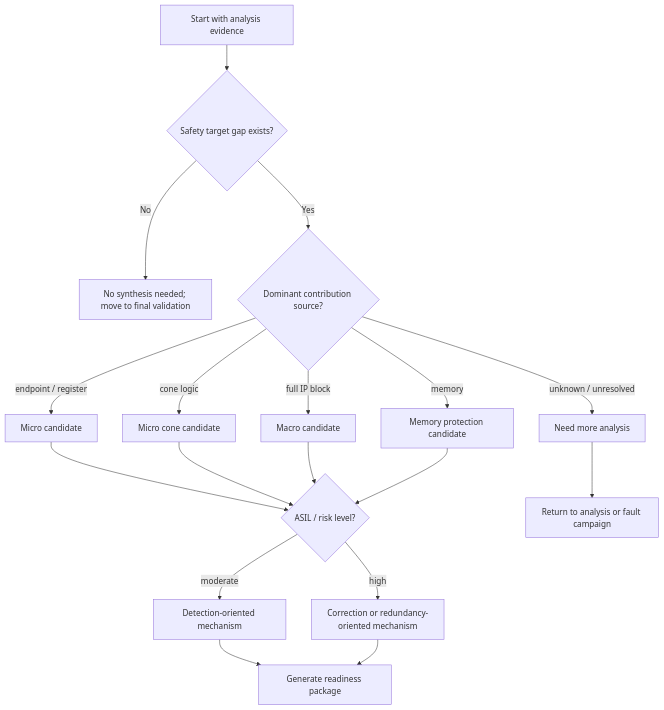
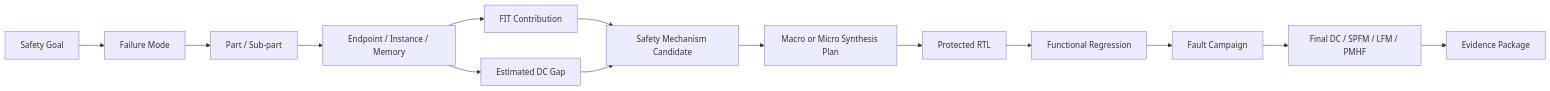
Before and after one commit to qiqixixi1001/automotive-safeic-practice: the fourth of 10 diagrams in articles/D21_safety_synthesis_readiness_github.md, drawn with Mermaid. The commit also changed other lines of this file, not shown here.

````diff
--- a/articles/D21_safety_synthesis_readiness_github.md
+++ b/articles/D21_safety_synthesis_readiness_github.md
@@ -290,24 +261,16 @@
 ```mermaid
-flowchart TD
-    A[Start with analysis evidence] --> B{Safety target gap exists?}
-    B -- No --> Z[No synthesis needed; move to final validation]
-    B -- Yes --> C{Dominant contribution source?}
-
-    C -- endpoint / register --> D[Micro candidate]
-    C -- cone logic --> E[Micro cone candidate]
-    C -- full IP block --> F[Macro candidate]
-    C -- memory --> G[Memory protection candidate]
-    C -- unknown / unresolved --> H[Need more analysis]
-
-    D --> I{ASIL / risk level?}
-    E --> I
-    F --> I
-    G --> I
-
-    I -- moderate --> J[Detection-oriented mechanism]
-    I -- high --> K[Correction or redundancy-oriented mechanism]
-
-    J --> L[Generate readiness package]
-    K --> L
-    H --> M[Return to analysis or fault campaign]
+flowchart LR
+    SG[Safety Goal] --> FM[Failure Mode]
+    FM --> PART[Part / Sub-part]
+    PART --> EP[Endpoint / Instance / Memory]
+    EP --> FIT[FIT Contribution]
+    EP --> DC[Estimated DC Gap]
+    FIT --> SM[Safety Mechanism Candidate]
+    DC --> SM
+    SM --> SYN[Macro or Micro Synthesis Plan]
+    SYN --> RTL[Protected RTL]
+    RTL --> REG[Functional Regression]
+    REG --> FC[Fault Campaign]
+    FC --> FDC[Final DC / SPFM / LFM / PMHF]
+    FDC --> EV[Evidence Package]
 ```
````
